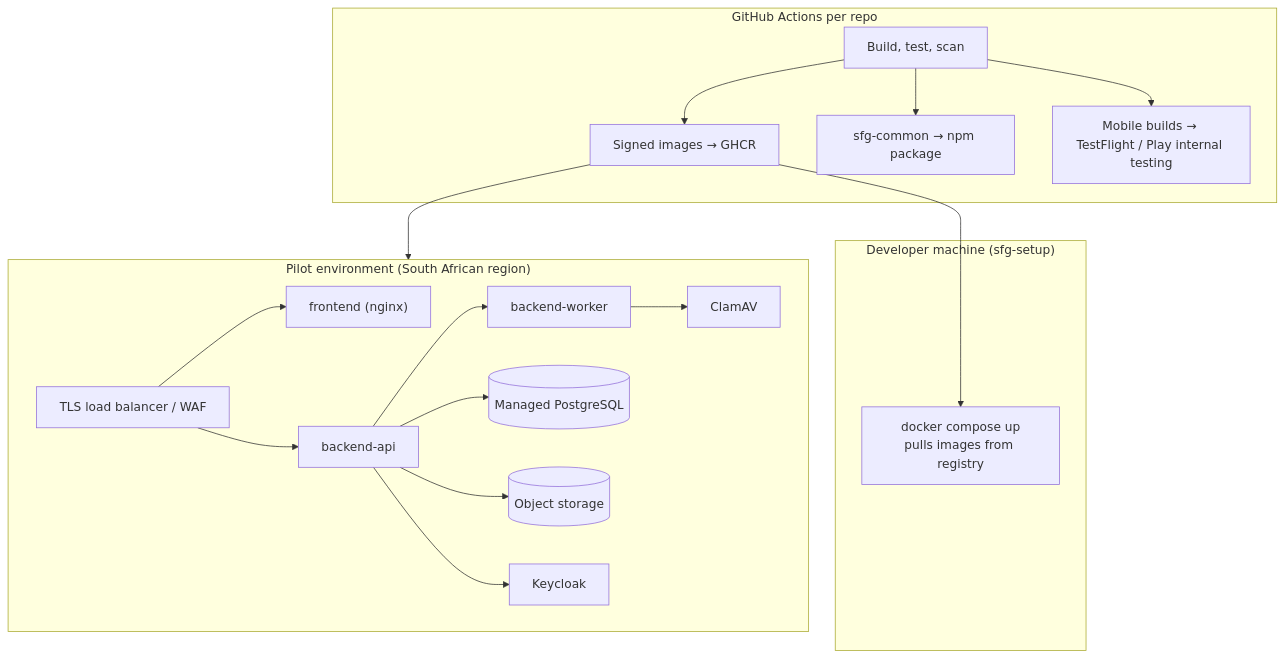
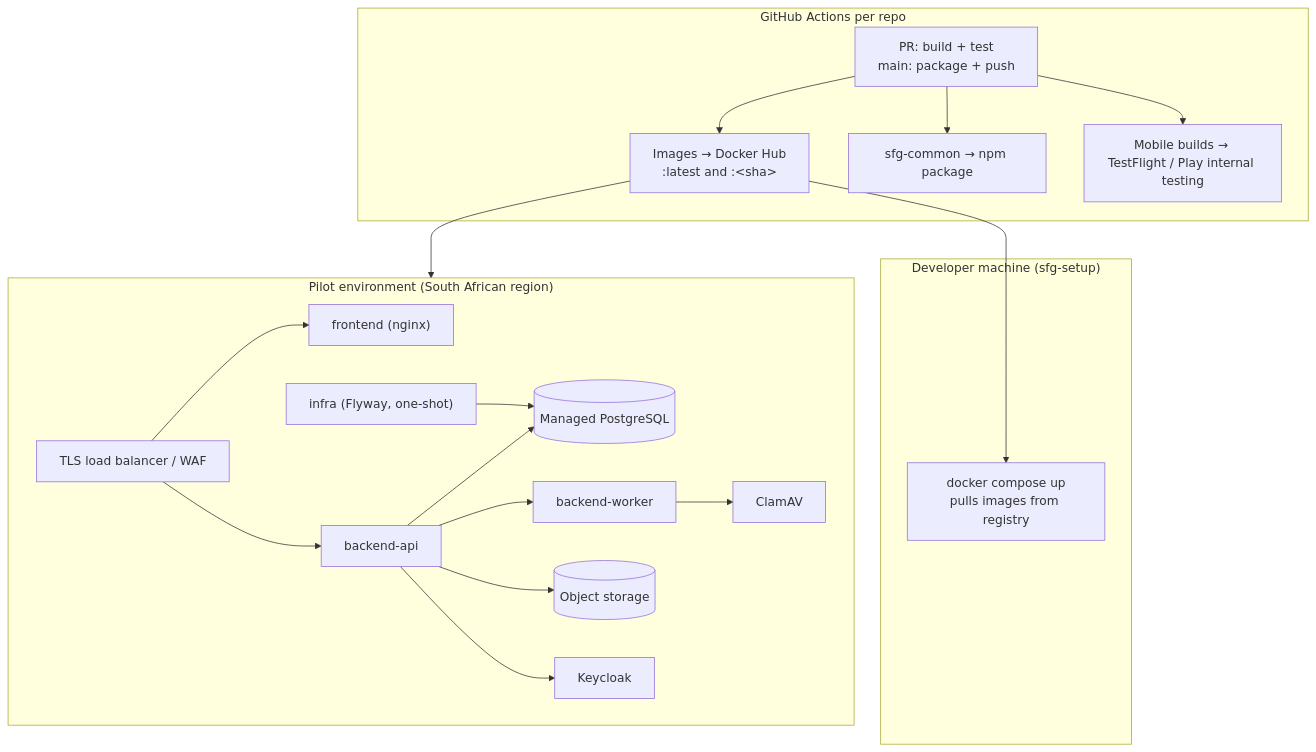
Before and after one commit to sdebie/sfg-parent: the fifth of 5 diagrams in docs/high-level-design.md, drawn with Mermaid. The commit also changed other lines of this file and 1 other file, not shown here.

First line of the commit message:
Update HLD for REST + GraphQL, sfg-infra and Docker Hub CI

````diff
--- a/docs/high-level-design.md
+++ b/docs/high-level-design.md
@@ -389,22 +408,23 @@
 ```mermaid
 flowchart TB
   subgraph Dev["Developer machine (sfg-setup)"]
     DC["docker compose up<br/>pulls images from registry"]
   end
   subgraph CI["GitHub Actions per repo"]
-    B["Build, test, scan"] --> IMG["Signed images → GHCR"]
+    B["PR: build + test<br/>main: package + push"] --> IMG["Images → Docker Hub<br/>:latest and :&lt;sha&gt;"]
     B --> NPM["sfg-common → npm package"]
     B --> APP["Mobile builds → TestFlight / Play internal testing"]
   end
   subgraph Pilot["Pilot environment (South African region)"]
     LB["TLS load balancer / WAF"] --> FE["frontend (nginx)"]
+    MG["infra (Flyway, one-shot)"] --> PG
     LB --> BE["backend-api"]
     BE --> WK["backend-worker"]
     BE --> PG[("Managed PostgreSQL")]
     BE --> S3[("Object storage")]
     BE --> KC["Keycloak"]
     WK --> CL["ClamAV"]
   end
   IMG --> DC
   IMG --> Pilot
 ```
````
